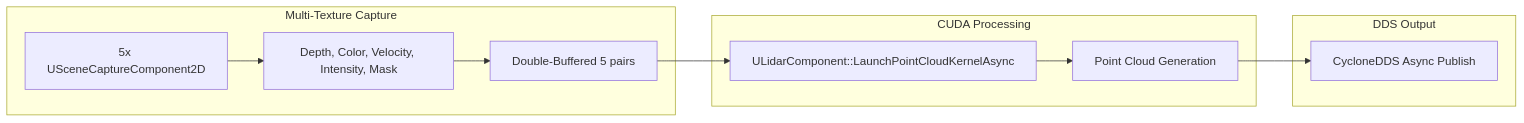
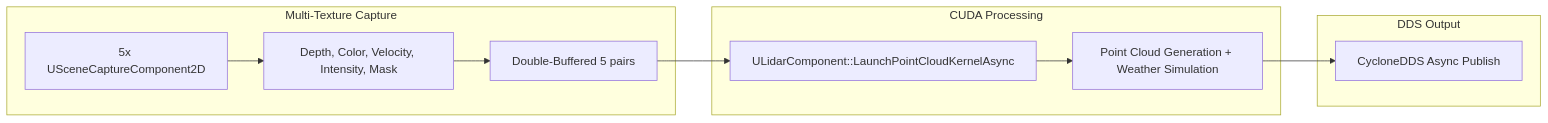
The second of 5 diagrams in README.md (flodhest/Rust2ReactCLI), drawn with Mermaid before and after one commit. The commit also changed other lines of this file, not shown here.

````diff
--- a/README.md
+++ b/README.md
@@ -103,16 +102,16 @@
 ```mermaid
 flowchart LR
     subgraph Capture [Multi-Texture Capture]
         A[5x USceneCaptureComponent2D] --> B[Depth, Color, Velocity, Intensity, Mask]
         B --> C[Double-Buffered 5 pairs]
     end
     
     subgraph Process [CUDA Processing]
         C --> D[ULidarComponent::LaunchPointCloudKernelAsync]
-        D --> E[Point Cloud Generation]
+        D --> E[Point Cloud Generation + Weather Simulation]
     end
     
     subgraph Publish [DDS Output]
         E --> F[CycloneDDS Async Publish]
     end
 ```
````
